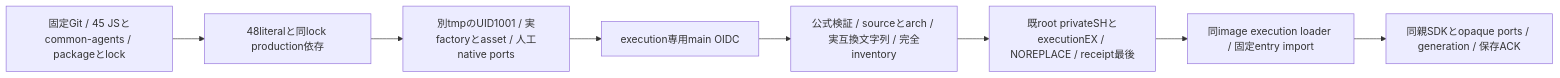
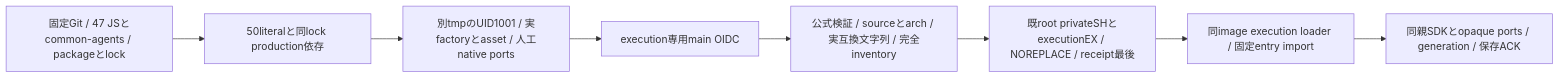
The first of 2 diagrams in docs/architecture/modules/distribution/execution-artifact.md (kitepon/BellTeam), drawn with Mermaid before and after one commit. The commit also changed other lines of this file and 3 other files, not shown here.

````diff
--- a/docs/architecture/modules/distribution/execution-artifact.md
+++ b/docs/architecture/modules/distribution/execution-artifact.md
@@ -5,10 +5,10 @@
 ```mermaid
 flowchart LR
-  Source[固定Git / 45 JSとcommon-agents / packageとlock] --> Package[48literalと同lock production依存]
+  Source[固定Git / 47 JSとcommon-agents / packageとlock] --> Package[50literalと同lock production依存]
   Package --> Probe[別tmpのUID1001 / 実factoryとasset / 人工native ports]
   Probe --> Sign[execution専用main OIDC]
   Sign --> Verify[公式検証 / sourceとarch / 実互換文字列 / 完全inventory]
   Verify --> Install[既root privateSHとexecutionEX / NOREPLACE / receipt最後]
   Install --> Loader[同image execution loader / 固定entry import]
   Loader --> Host[同親SDKとopaque ports / generation / 保存ACK]
 ```
````
